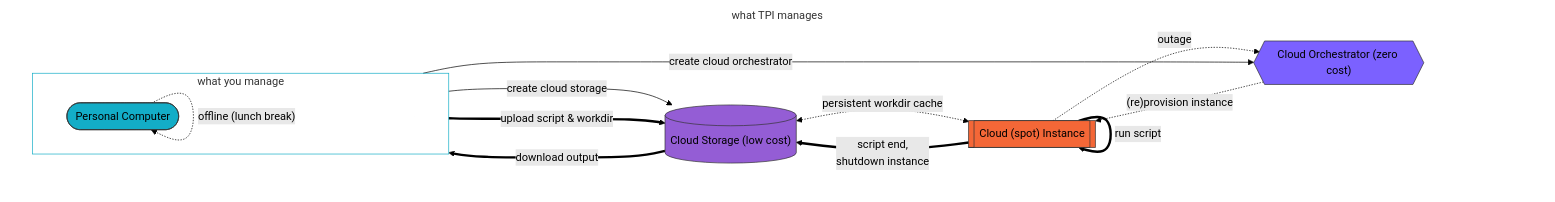
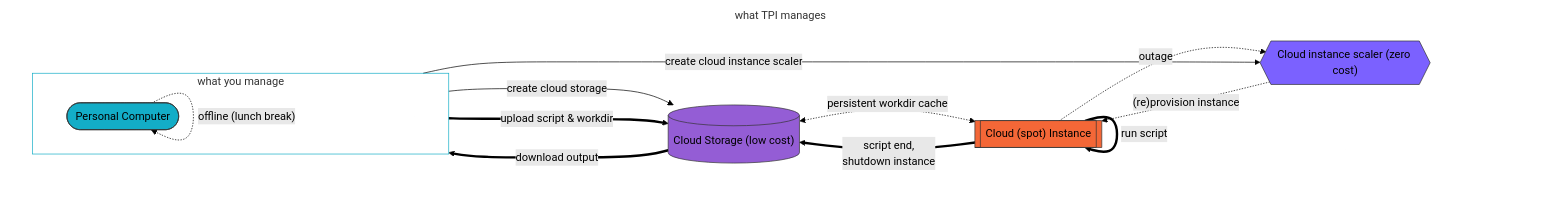
The diagram in README.md (iterative/terraform-provider-iterative), drawn with Mermaid (forest theme) before and after one commit. The commit also changed other lines of this file and 1 other file, not shown here.

Commit message:
update diagrams

````diff
--- a/README.md
+++ b/README.md
@@ -125,29 +126,29 @@
 ```mermaid
 flowchart LR
 subgraph tpi [what TPI manages]
 direction LR
     subgraph you [what you manage]
         direction LR
         A([Personal Computer])
     end
     B[("Cloud Storage (low cost)")]
-    C{{"Cloud Orchestrator (zero cost)"}}
+    C{{"Cloud instance scaler (zero cost)"}}
     D[["Cloud (spot) Instance"]]
     A ---> |create cloud storage| B
-    A --> |create cloud orchestrator| C
+    A --> |create cloud instance scaler| C
     A ==> |upload script & workdir| B
     A -.-> |"offline (lunch break)"| A
     C -.-> |"(re)provision instance"| D
     D ==> |run script| D
     B <-.-> |persistent workdir cache| D
     D ==> |script end,\nshutdown instance| B
     D -.-> |outage| C
     B ==> |download output| A
 end
 style you fill:#FFFFFF00,stroke:#13ADC7
 style tpi fill:#FFFFFF00,stroke:#FFFFFF00,stroke-width:0px
 style A fill:#13ADC7,stroke:#333333,color:#000000
 style B fill:#945DD5,stroke:#333333,color:#000000
 style D fill:#F46737,stroke:#333333,color:#000000
 style C fill:#7B61FF,stroke:#333333,color:#000000
 ```
````
